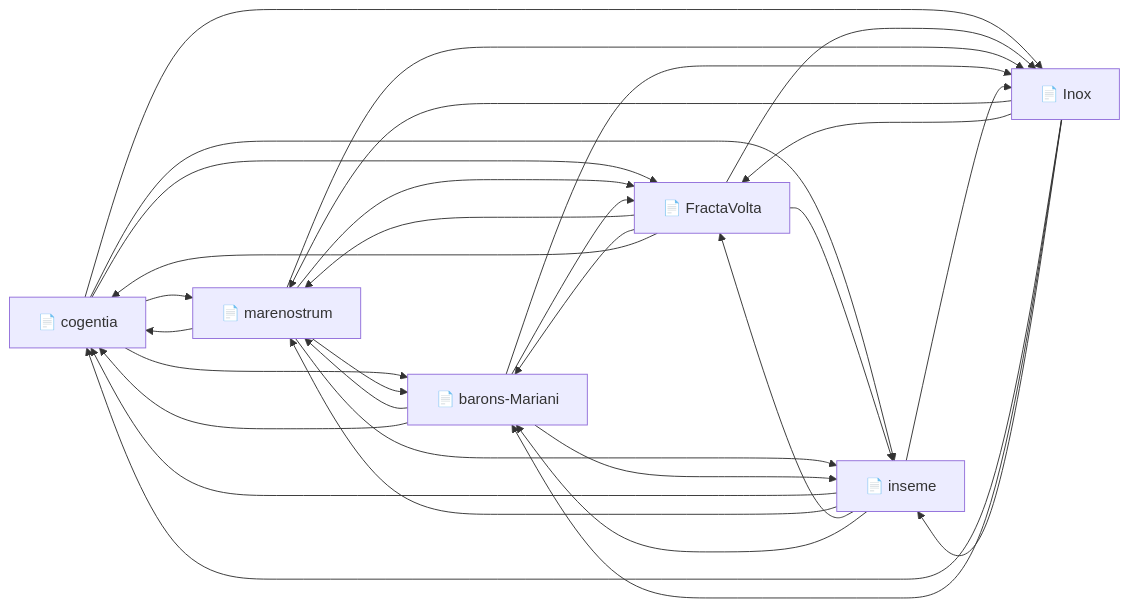
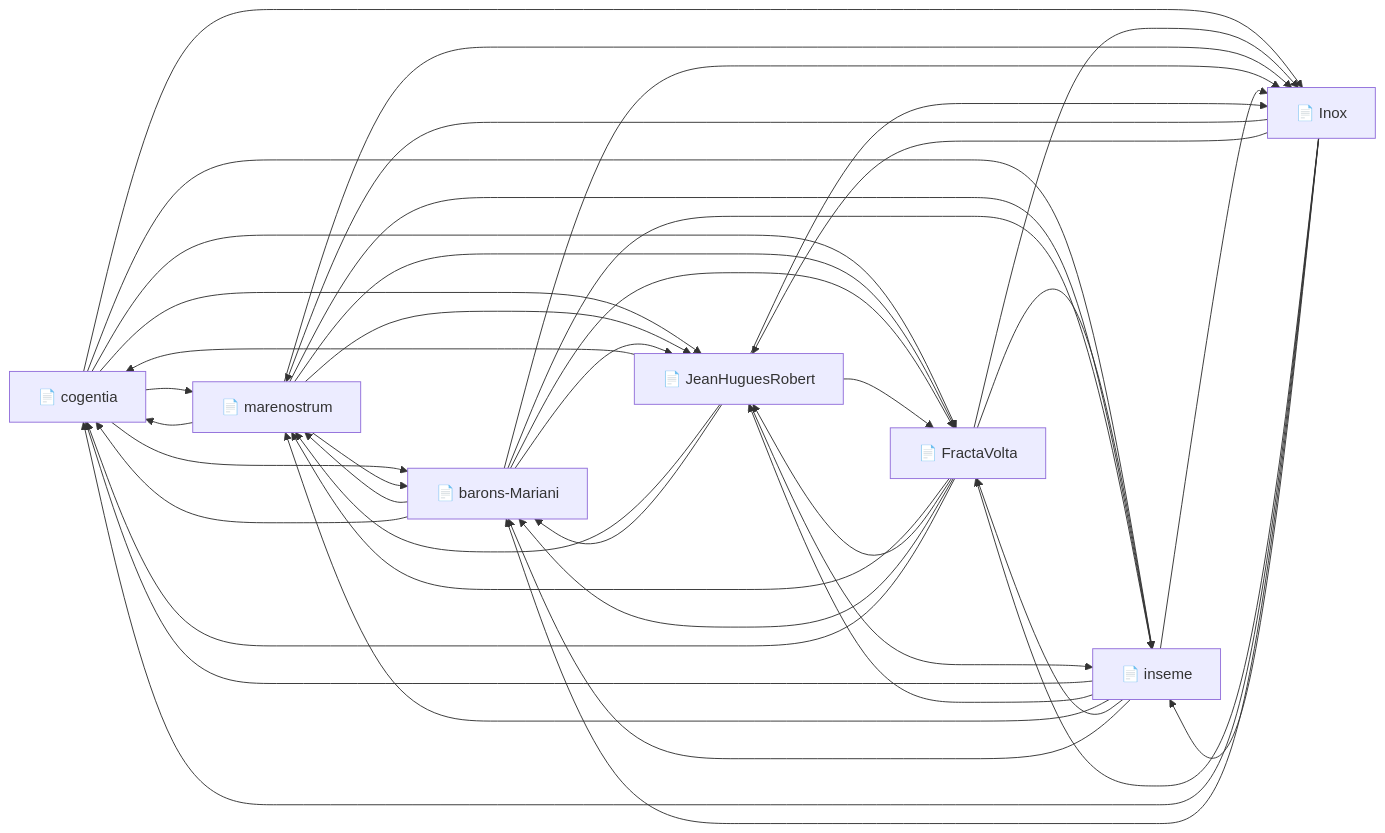
One commit to JeanHuguesRobert/FractaVolta changed the first of 2 diagrams in research/corpus-status.md. Above: the diagram before and after it, drawn with Mermaid. The commit also changed other lines of this file, not shown here.

Commit message:
chore: refresh derived views (corpus-status, index)

````diff
--- a/research/corpus-status.md
+++ b/research/corpus-status.md
@@ -45,45 +46,59 @@
 ```mermaid
 graph LR
   cogentia["📄 cogentia"]
   FractaVolta["📄 FractaVolta"]
   marenostrum["📄 marenostrum"]
   barons-Mariani["📄 barons-Mariani"]
   inseme["📄 inseme"]
   Inox["📄 Inox"]
+  JeanHuguesRobert["📄 JeanHuguesRobert"]
   cogentia --> marenostrum
+  cogentia --> JeanHuguesRobert
   cogentia --> barons-Mariani
   cogentia --> FractaVolta
   cogentia --> inseme
   cogentia --> Inox
   FractaVolta --> marenostrum
+  FractaVolta --> JeanHuguesRobert
   FractaVolta --> barons-Mariani
   FractaVolta --> cogentia
   FractaVolta --> inseme
   FractaVolta --> Inox
   marenostrum --> barons-Mariani
+  marenostrum --> JeanHuguesRobert
   marenostrum --> FractaVolta
   marenostrum --> cogentia
   marenostrum --> inseme
   marenostrum --> Inox
   barons-Mariani --> marenostrum
+  barons-Mariani --> JeanHuguesRobert
   barons-Mariani --> FractaVolta
   barons-Mariani --> cogentia
   barons-Mariani --> inseme
   barons-Mariani --> Inox
   inseme --> cogentia
+  inseme --> JeanHuguesRobert
   inseme --> marenostrum
   inseme --> FractaVolta
   inseme --> barons-Mariani
   inseme --> Inox
   Inox --> marenostrum
+  Inox --> JeanHuguesRobert
   Inox --> FractaVolta
   Inox --> cogentia
   Inox --> barons-Mariani
   Inox --> inseme
+  JeanHuguesRobert --> cogentia
+  JeanHuguesRobert --> marenostrum
+  JeanHuguesRobert --> FractaVolta
+  JeanHuguesRobert --> barons-Mariani
+  JeanHuguesRobert --> inseme
+  JeanHuguesRobert --> Inox
   click cogentia "https://github.com/JeanHuguesRobert/cogentia/blob/main/research/index.md" "Open research/index.md"
   click FractaVolta "https://github.com/JeanHuguesRobert/FractaVolta/blob/main/research/index.md" "Open research/index.md"
   click marenostrum "https://github.com/JeanHuguesRobert/marenostrum/blob/main/research/index.md" "Open research/index.md"
   click barons-Mariani "https://github.com/JeanHuguesRobert/barons-Mariani/blob/main/research/index.md" "Open research/index.md"
   click inseme "https://github.com/JeanHuguesRobert/inseme/blob/main/research/index.md" "Open research/index.md"
   click Inox "https://github.com/JeanHuguesRobert/Inox/blob/main/research/index.md" "Open research/index.md"
+  click JeanHuguesRobert "https://github.com/JeanHuguesRobert/JeanHuguesRobert/blob/main/research/index.md" "Open research/index.md"
 ```
````
